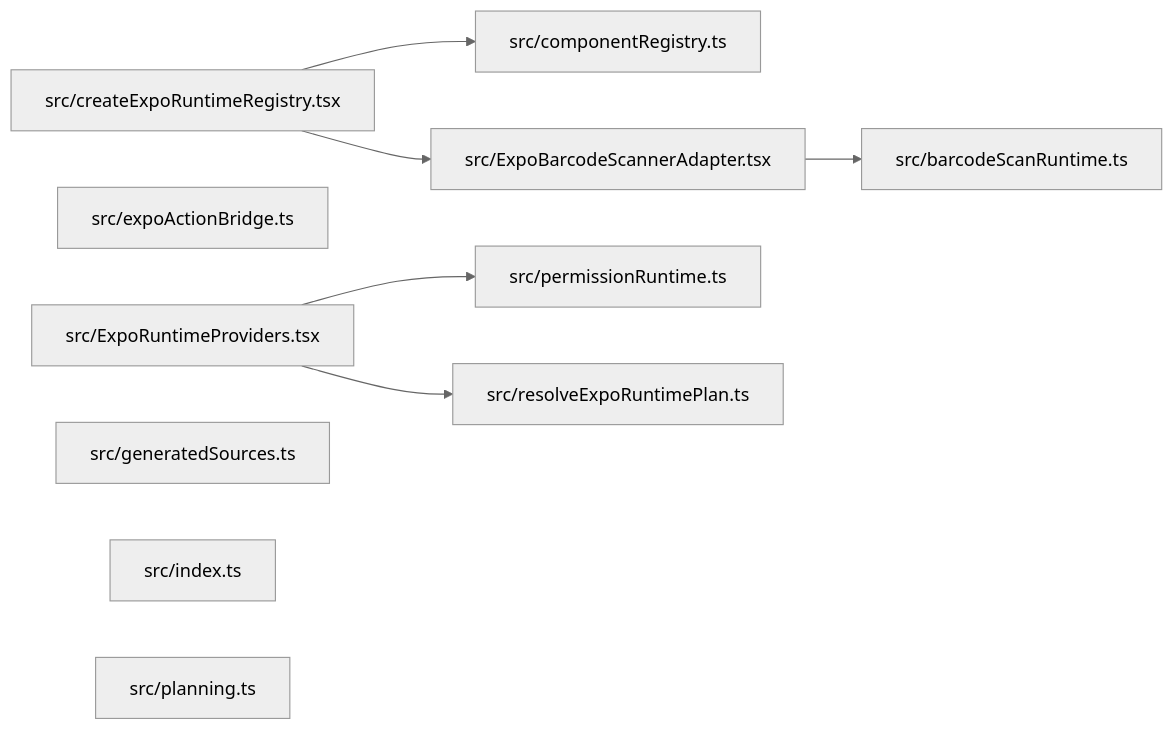
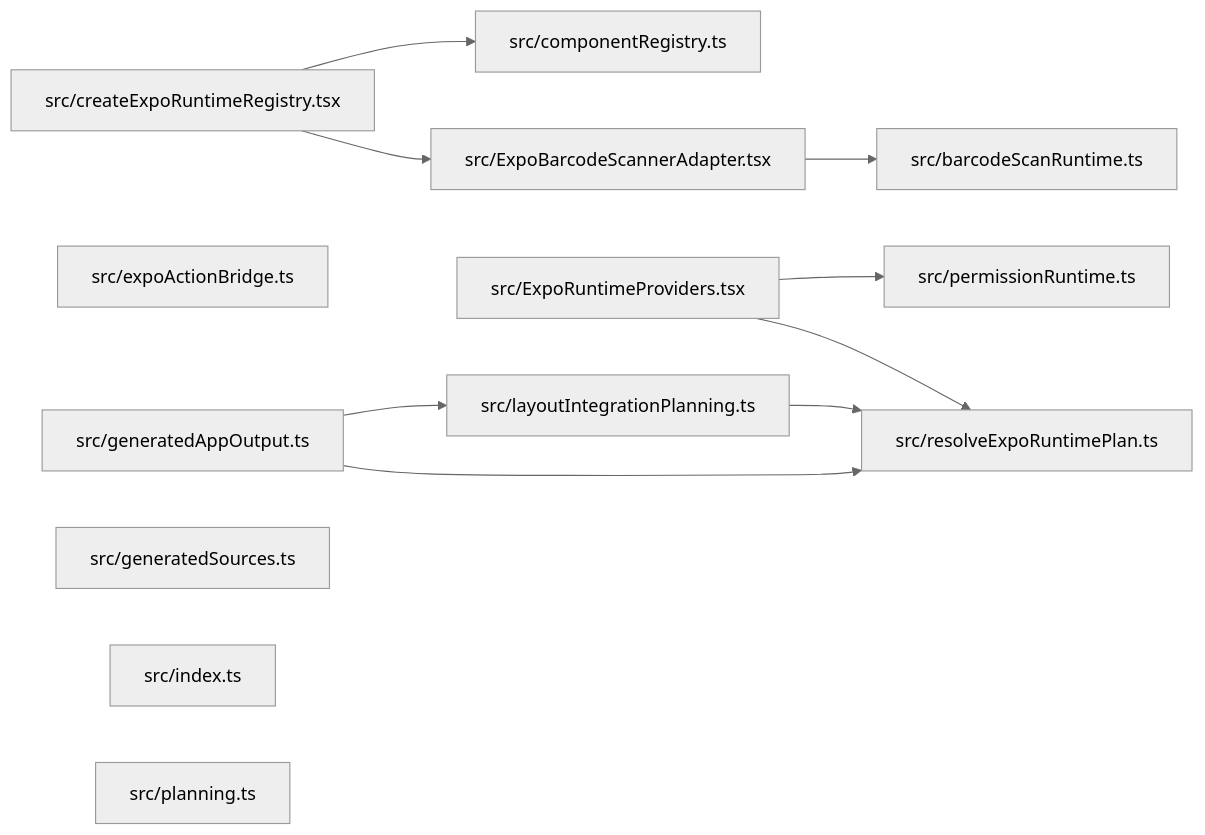
Before and after one commit to ankhorage/expo-runtime: the diagram in paradox/diagrams/module-relationships.mmd, drawn with Mermaid (neutral theme). The commit also changed 11 other files, not shown here.

```diff
--- a/paradox/diagrams/module-relationships.mmd
+++ b/paradox/diagrams/module-relationships.mmd
@@ -1,17 +1,22 @@
 graph LR
   module_src_barcodeScanRuntime_ts["src/barcodeScanRuntime.ts"]
   module_src_componentRegistry_ts["src/componentRegistry.ts"]
   module_src_createExpoRuntimeRegistry_tsx["src/createExpoRuntimeRegistry.tsx"]
   module_src_expoActionBridge_ts["src/expoActionBridge.ts"]
   module_src_ExpoBarcodeScannerAdapter_tsx["src/ExpoBarcodeScannerAdapter.tsx"]
   module_src_ExpoRuntimeProviders_tsx["src/ExpoRuntimeProviders.tsx"]
+  module_src_generatedAppOutput_ts["src/generatedAppOutput.ts"]
   module_src_generatedSources_ts["src/generatedSources.ts"]
   module_src_index_ts["src/index.ts"]
+  module_src_layoutIntegrationPlanning_ts["src/layoutIntegrationPlanning.ts"]
   module_src_permissionRuntime_ts["src/permissionRuntime.ts"]
   module_src_planning_ts["src/planning.ts"]
   module_src_resolveExpoRuntimePlan_ts["src/resolveExpoRuntimePlan.ts"]
   module_src_createExpoRuntimeRegistry_tsx --> module_src_componentRegistry_ts
   module_src_createExpoRuntimeRegistry_tsx --> module_src_ExpoBarcodeScannerAdapter_tsx
   module_src_ExpoBarcodeScannerAdapter_tsx --> module_src_barcodeScanRuntime_ts
   module_src_ExpoRuntimeProviders_tsx --> module_src_permissionRuntime_ts
   module_src_ExpoRuntimeProviders_tsx --> module_src_resolveExpoRuntimePlan_ts
+  module_src_generatedAppOutput_ts --> module_src_layoutIntegrationPlanning_ts
+  module_src_generatedAppOutput_ts --> module_src_resolveExpoRuntimePlan_ts
+  module_src_layoutIntegrationPlanning_ts --> module_src_resolveExpoRuntimePlan_ts
```
